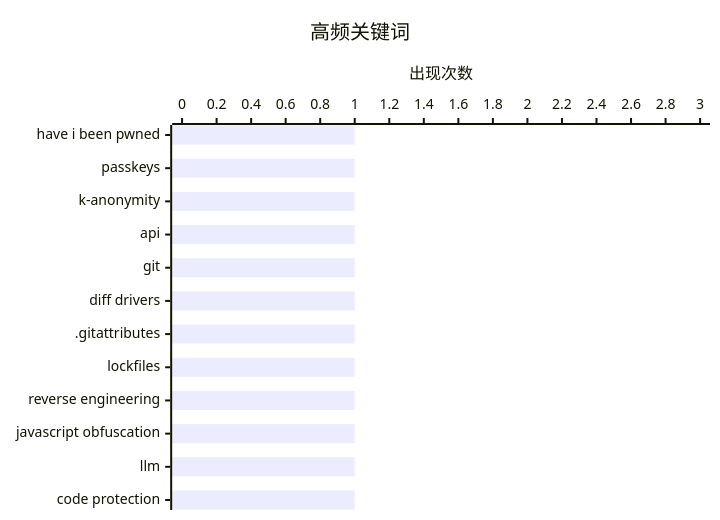
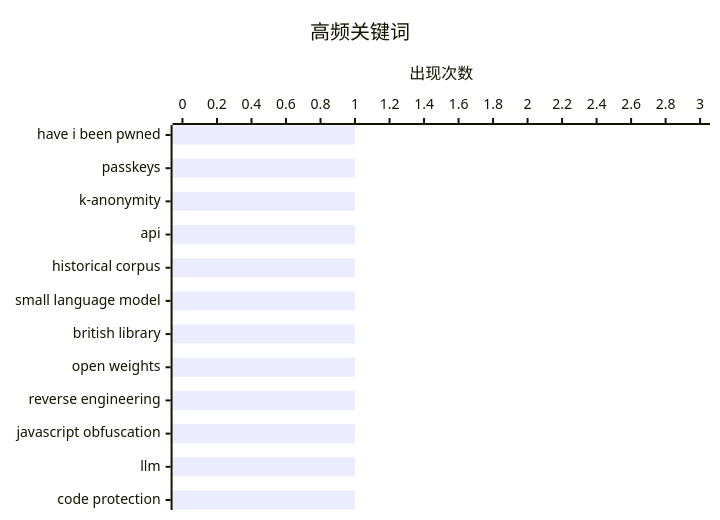
Before and after one commit to originem0/SZBlog: the second of 2 diagrams in content/ai-daily/2026-03-31.md, drawn with Mermaid. The commit also changed other lines of this file, not shown here.

````diff
--- a/content/ai-daily/2026-03-31.md
+++ b/content/ai-daily/2026-03-31.md
@@ -72,7 +72,7 @@
 ```mermaid
 xychart-beta horizontal
     title "高频关键词"
-    x-axis ["have i been pwned", "passkeys", "k-anonymity", "api", "git", "diff drivers", ".gitattributes", "lockfiles", "reverse engineering", "javascript obfuscation", "llm", "code protection"]
+    x-axis ["have i been pwned", "passkeys", "k-anonymity", "api", "historical corpus", "small language model", "british library", "open weights", "reverse engineering", "javascript obfuscation", "llm", "code protection"]
     y-axis "出现次数" 0 --> 3
     bar [1, 1, 1, 1, 1, 1, 1, 1, 1, 1, 1, 1]
 ```
````
